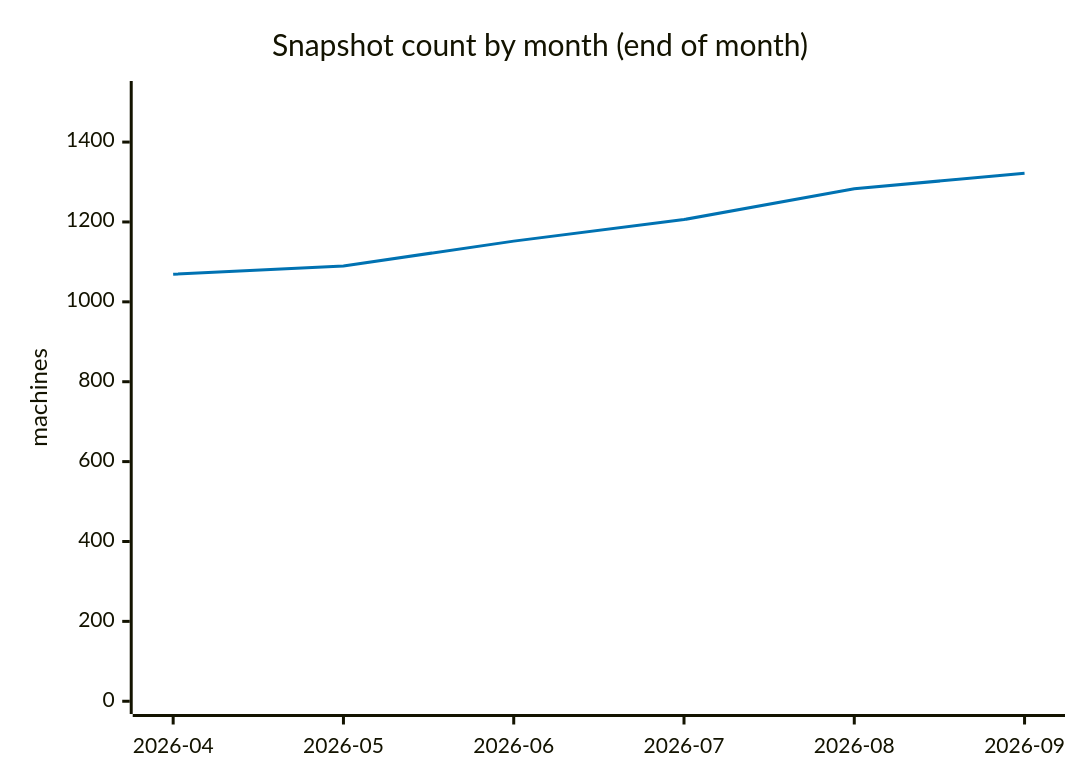
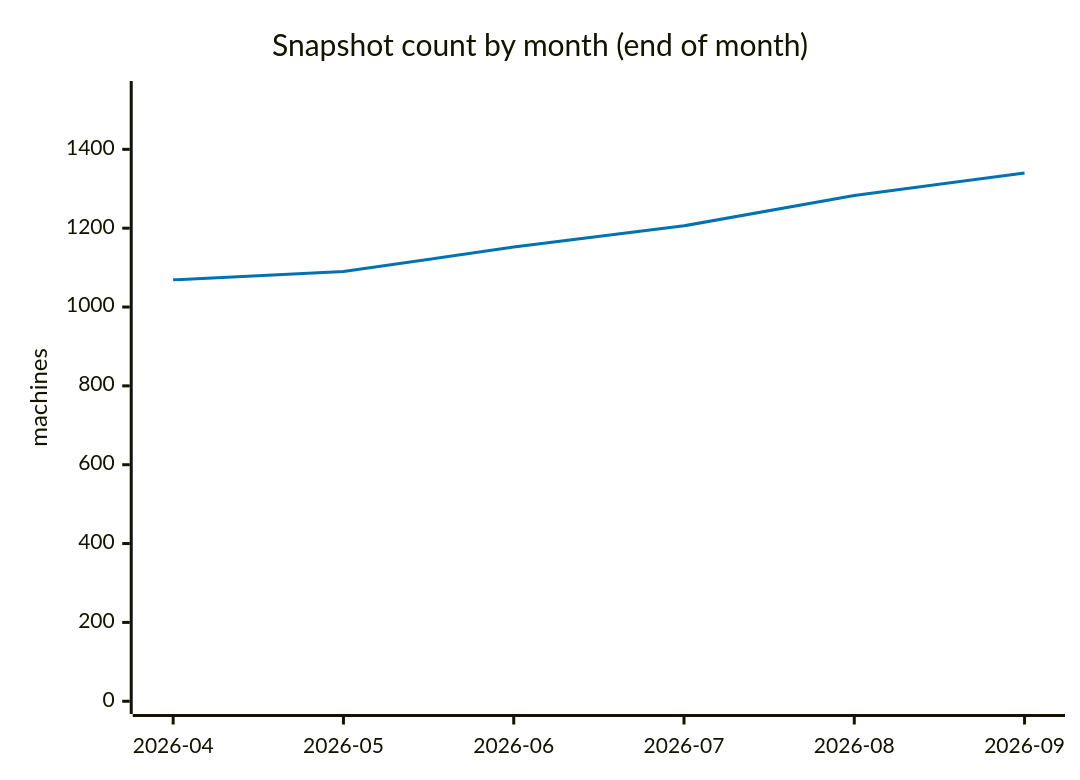
Before and after one commit to cheeaun/returnright-data: the sixth of 7 diagrams in ANALYSIS.md, drawn with Mermaid. The commit also changed other lines of this file and 3 other files, not shown here.

````diff
--- a/ANALYSIS.md
+++ b/ANALYSIS.md
@@ -292,13 +291,13 @@
 ```mermaid
 ---
 config:
   themeVariables:
     xyChart:
       plotColorPalette: "#0072B2"
 ---
 xychart-beta
     title "Snapshot count by month (end of month)"
     x-axis ["2026-04", "2026-05", "2026-06", "2026-07", "2026-08", "2026-09"]
-    y-axis "machines" 0 --> 1521
-    line [1069, 1090, 1152, 1206, 1283, 1322]
+    y-axis "machines" 0 --> 1541
+    line [1069, 1090, 1152, 1206, 1283, 1340]
 ```
````
